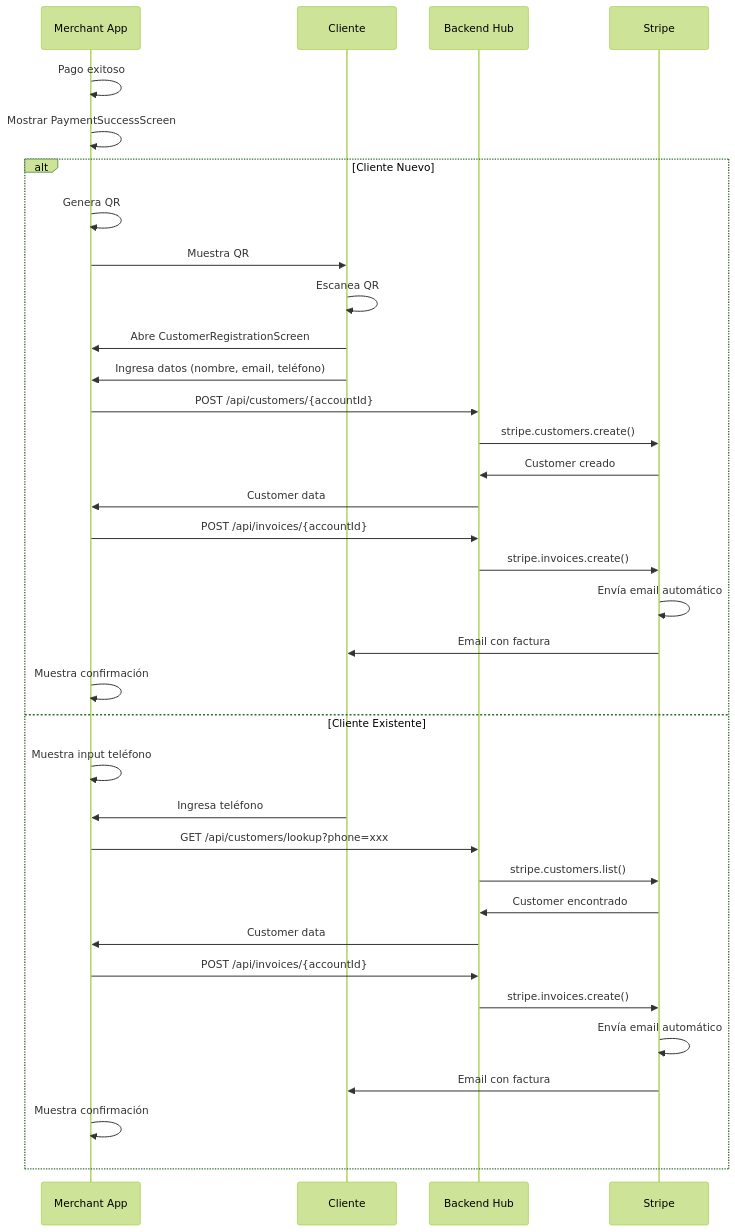
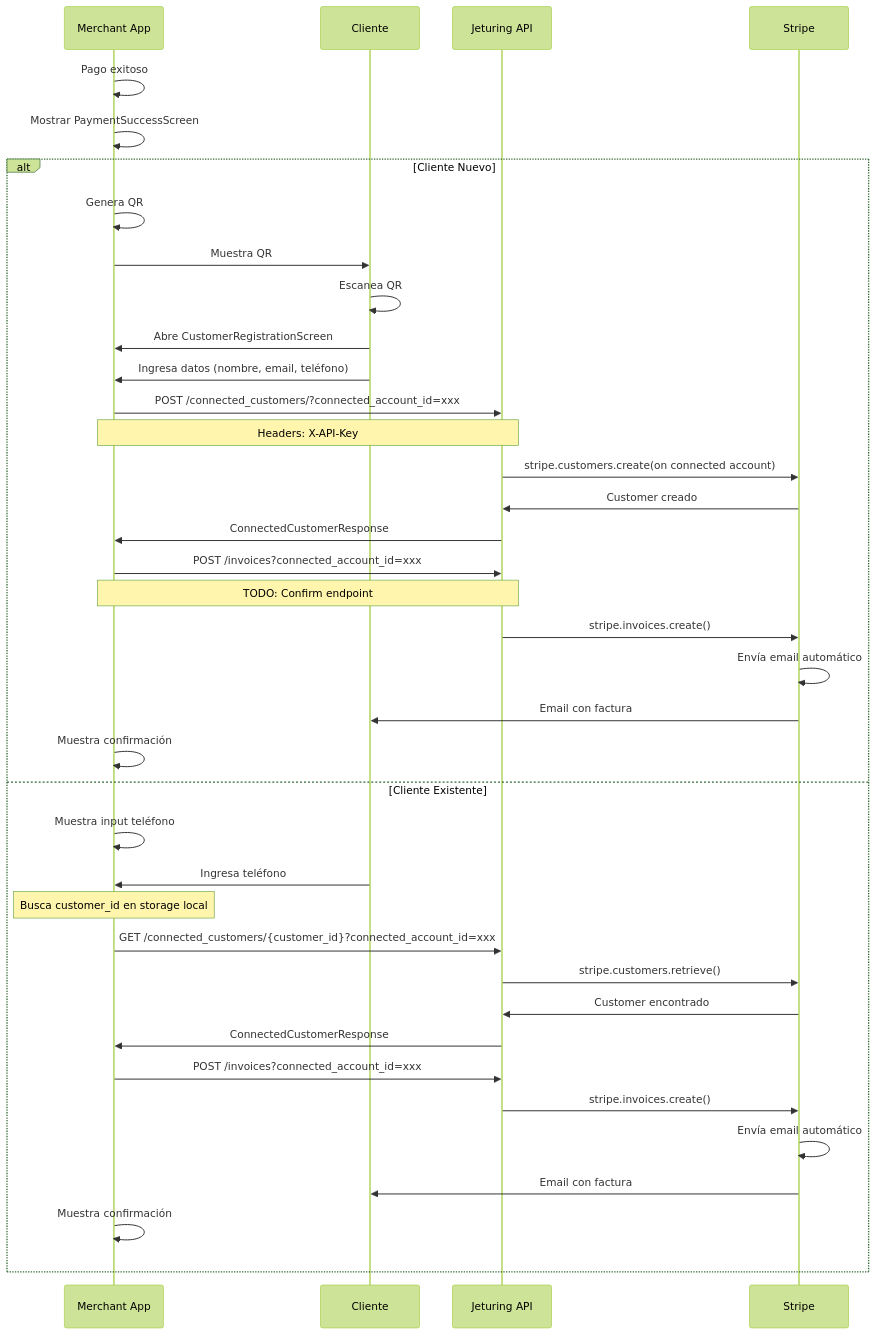
One commit to jeturing/Jeturing_Pay changed the diagram in CUSTOMER_INVOICE_FLOW.md. Above: the diagram before and after it, drawn with Mermaid (forest theme). The commit also changed other lines of this file and 2 other files, not shown here.

Commit message:
Integrate actual Jeturing API v2.5.0 for customer management

````diff
--- a/CUSTOMER_INVOICE_FLOW.md
+++ b/CUSTOMER_INVOICE_FLOW.md
@@ -372,39 +339,42 @@
 ```mermaid
 sequenceDiagram
     participant M as Merchant App
     participant C as Cliente
-    participant B as Backend Hub
+    participant J as Jeturing API
     participant S as Stripe
 
     M->>M: Pago exitoso
     M->>M: Mostrar PaymentSuccessScreen
     
     alt Cliente Nuevo
         M->>M: Genera QR
         M->>C: Muestra QR
         C->>C: Escanea QR
         C->>M: Abre CustomerRegistrationScreen
         C->>M: Ingresa datos (nombre, email, teléfono)
-        M->>B: POST /api/customers/{accountId}
-        B->>S: stripe.customers.create()
-        S->>B: Customer creado
-        B->>M: Customer data
-        M->>B: POST /api/invoices/{accountId}
-        B->>S: stripe.invoices.create()
+        M->>J: POST /connected_customers/?connected_account_id=xxx
+        Note over M,J: Headers: X-API-Key
+        J->>S: stripe.customers.create(on connected account)
+        S->>J: Customer creado
+        J->>M: ConnectedCustomerResponse
+        M->>J: POST /invoices?connected_account_id=xxx
+        Note over M,J: TODO: Confirm endpoint
+        J->>S: stripe.invoices.create()
         S->>S: Envía email automático
         S->>C: Email con factura
         M->>M: Muestra confirmación
     else Cliente Existente
         M->>M: Muestra input teléfono
         C->>M: Ingresa teléfono
-        M->>B: GET /api/customers/lookup?phone=xxx
-        B->>S: stripe.customers.list()
-        S->>B: Customer encontrado
-        B->>M: Customer data
-        M->>B: POST /api/invoices/{accountId}
-        B->>S: stripe.invoices.create()
+        Note over M: Busca customer_id en storage local
+        M->>J: GET /connected_customers/{customer_id}?connected_account_id=xxx
+        J->>S: stripe.customers.retrieve()
+        S->>J: Customer encontrado
+        J->>M: ConnectedCustomerResponse
+        M->>J: POST /invoices?connected_account_id=xxx
+        J->>S: stripe.invoices.create()
         S->>S: Envía email automático
         S->>C: Email con factura
         M->>M: Muestra confirmación
     end
 ```
````
